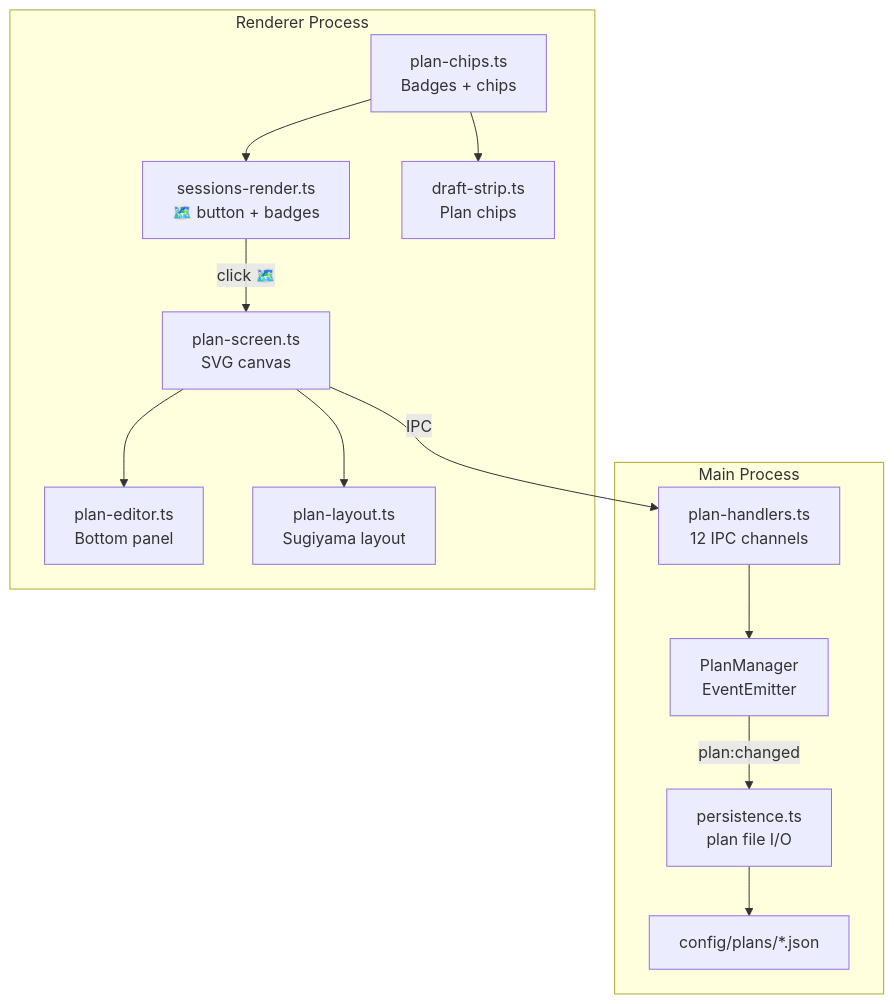
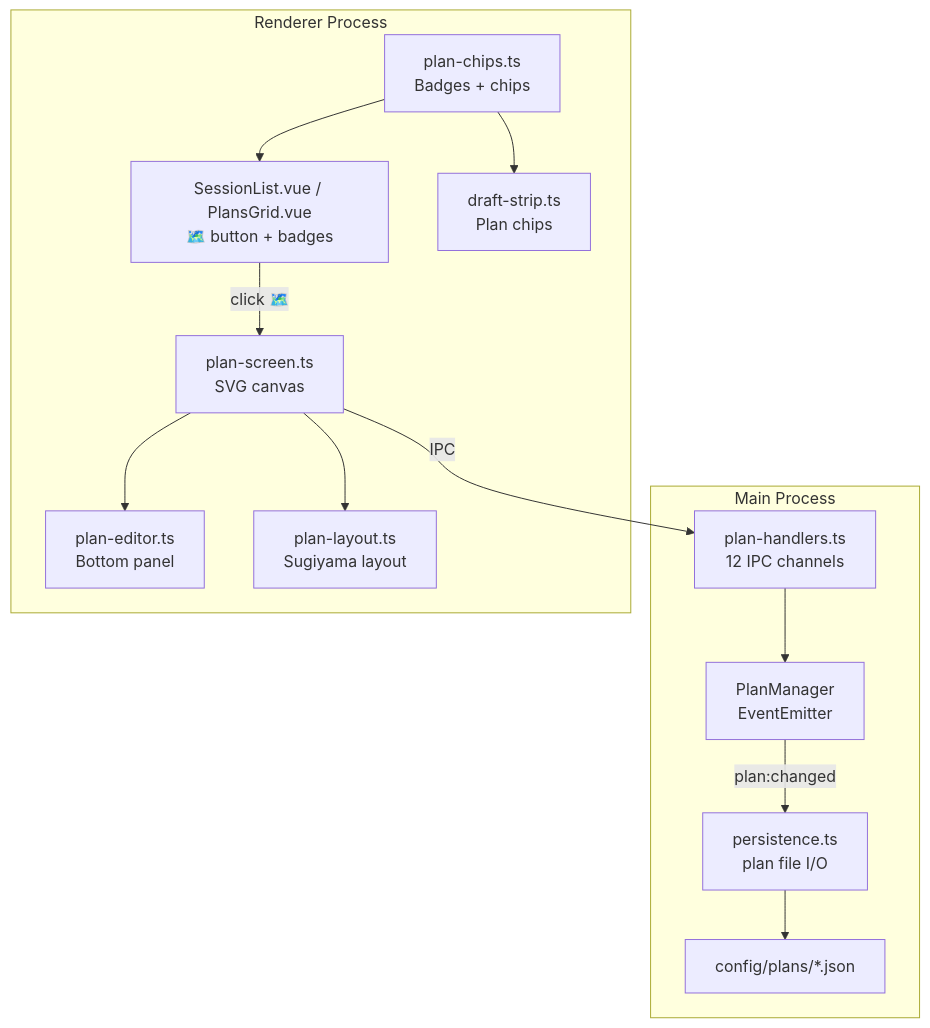
The second of 3 diagrams in docs/directory-plans.md (PetePeter/gamepad-cli-hub), drawn with Mermaid before and after one commit. The commit also changed other lines of this file and 16 other files, not shown here.

````diff
--- a/docs/directory-plans.md
+++ b/docs/directory-plans.md
@@ -40,28 +40,28 @@
 ```mermaid
 graph TB
     subgraph "Main Process"
         PM[PlanManager<br/>EventEmitter]
         PH[plan-handlers.ts<br/>12 IPC channels]
         SP[persistence.ts<br/>plan file I/O]
         PY[config/plans/*.json]
     end
 
     subgraph "Renderer Process"
         PS[plan-screen.ts<br/>SVG canvas]
         PE[plan-editor.ts<br/>Bottom panel]
         PL[plan-layout.ts<br/>Sugiyama layout]
         PC[plan-chips.ts<br/>Badges + chips]
-        SR[sessions-render.ts<br/>🗺️ button + badges]
+        SR[SessionList.vue / PlansGrid.vue<br/>🗺️ button + badges]
         DS[draft-strip.ts<br/>Plan chips]
     end
 
     SR -->|"click 🗺️"| PS
     PS -->|"IPC"| PH
     PH --> PM
     PM -->|"plan:changed"| SP
     SP --> PY
     PS --> PL
     PS --> PE
     PC --> DS
     PC --> SR
 ```
````
